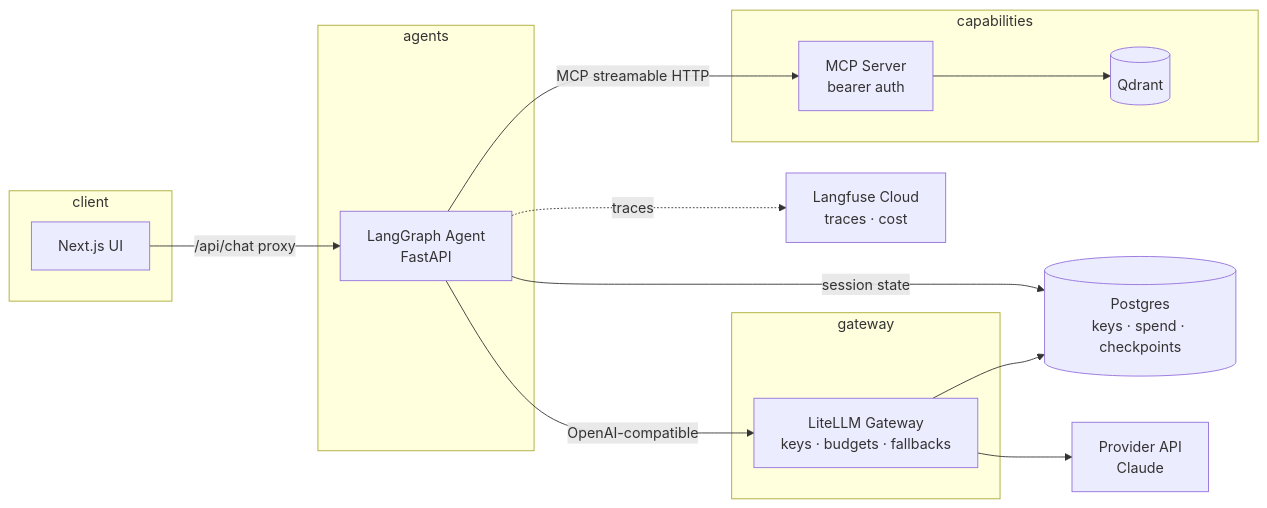
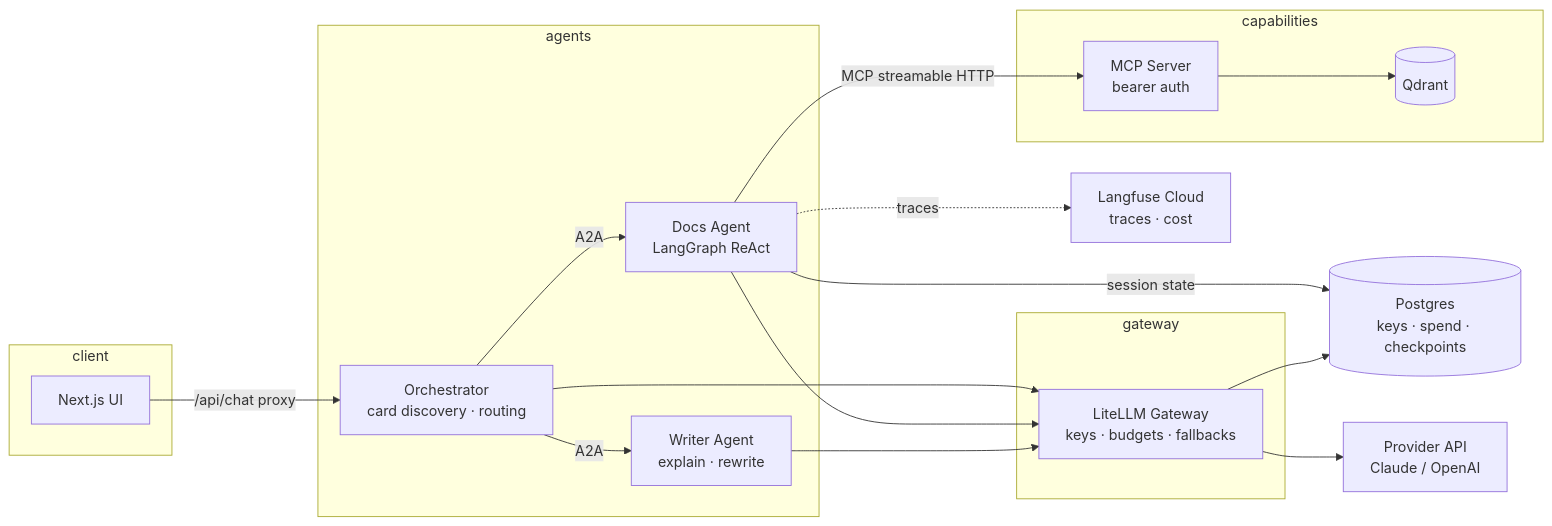
The diagram in README.md (babebp/llm-agent-production-architecture), drawn with Mermaid before and after one commit. The commit also changed other lines of this file, not shown here.

Commit message:
README: multi-agent positioning — orchestrator + A2A specialists

````diff
--- a/README.md
+++ b/README.md
@@ -29,28 +32,34 @@
 ```mermaid
 flowchart LR
     subgraph client
         W[Next.js UI]
     end
     subgraph agents
-        A[LangGraph Agent<br/>FastAPI]
+        O[Orchestrator<br/>card discovery · routing]
+        A[Docs Agent<br/>LangGraph ReAct]
+        R[Writer Agent<br/>explain · rewrite]
     end
     subgraph capabilities
         M[MCP Server<br/>bearer auth]
         Q[(Qdrant)]
     end
     subgraph gateway
         L[LiteLLM Gateway<br/>keys · budgets · fallbacks]
     end
     G[(Postgres<br/>keys · spend · checkpoints)]
-    P[Provider API<br/>Claude]
-    O[Langfuse Cloud<br/>traces · cost]
+    P[Provider API<br/>Claude / OpenAI]
+    F[Langfuse Cloud<br/>traces · cost]
 
-    W -->|/api/chat proxy| A
+    W -->|/api/chat proxy| O
+    O -->|A2A| A
+    O -->|A2A| R
     A -->|MCP streamable HTTP| M
     M --> Q
-    A -->|OpenAI-compatible| L
+    O --> L
+    A --> L
+    R --> L
     A -->|session state| G
     L --> G
     L --> P
-    A -.->|traces| O
+    A -.->|traces| F
 ```
````
